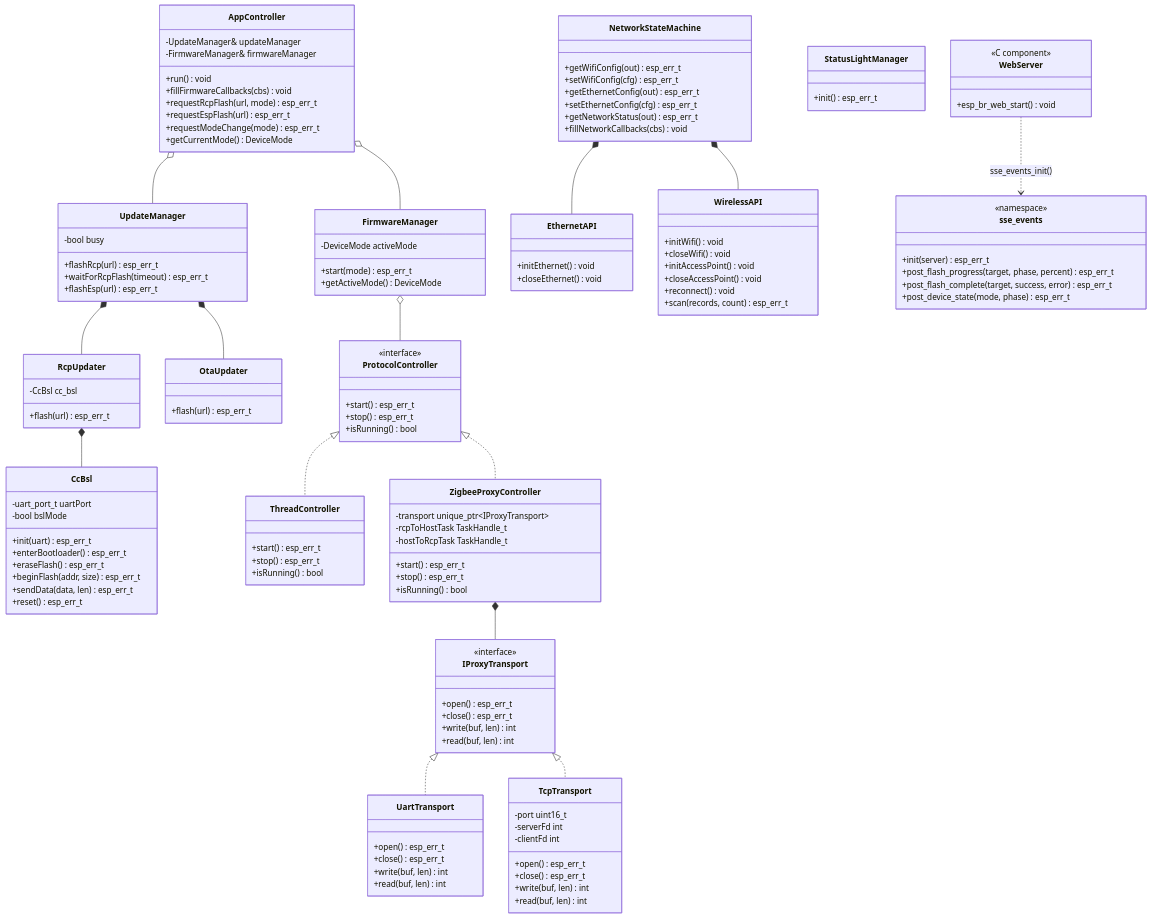
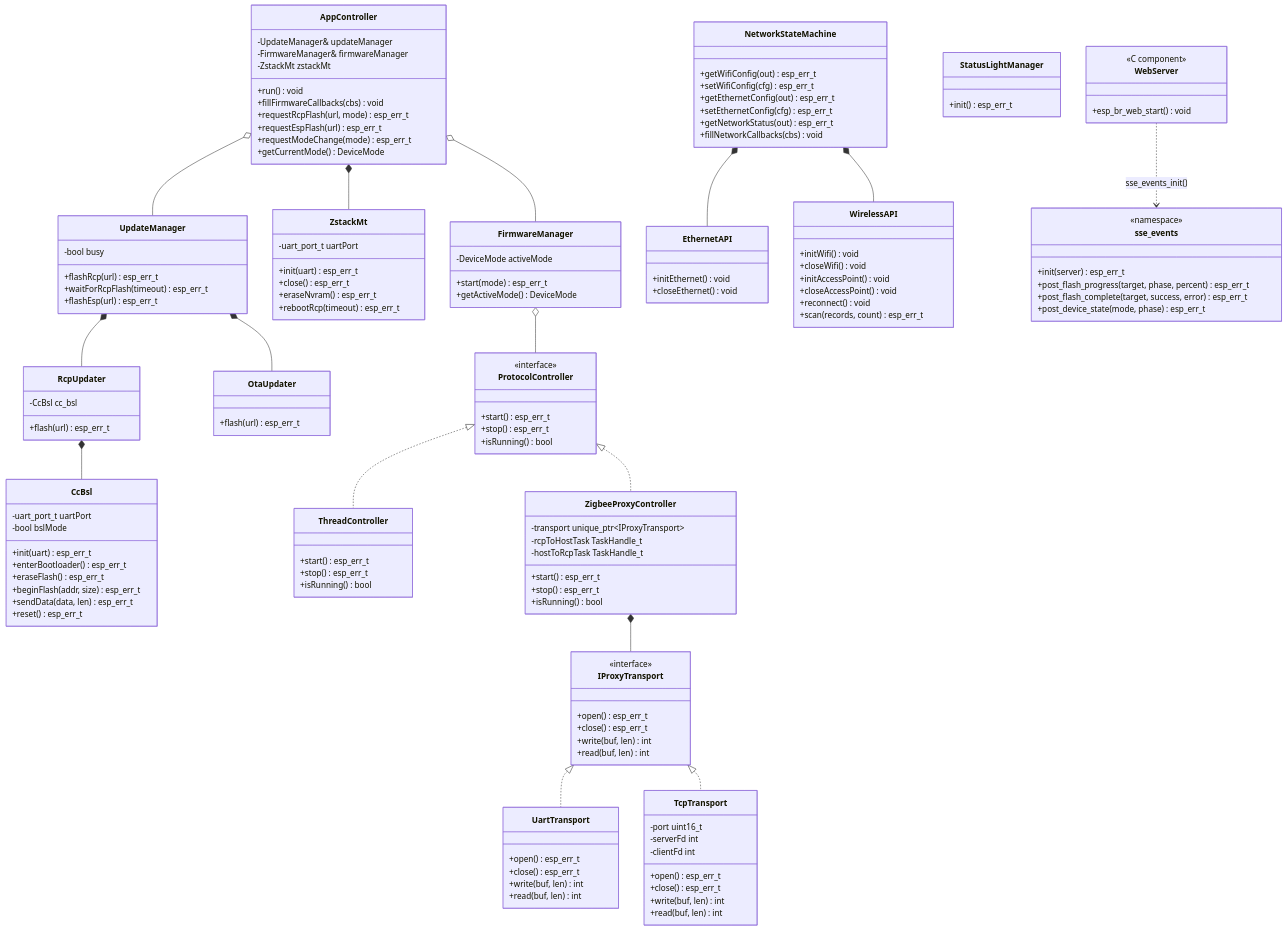
Before and after one commit to codm/czc-unified: the second of 3 diagrams in README.md, drawn with Mermaid. The commit also changed other lines of this file, not shown here.

```diff
--- a/README.md
+++ b/README.md
@@ -427,6 +441,7 @@
     class AppController {
         -UpdateManager& updateManager
         -FirmwareManager& firmwareManager
+        -ZstackMt zstackMt
         +run() void
         +fillFirmwareCallbacks(cbs) void
         +requestRcpFlash(url, mode) esp_err_t
@@ -457,6 +472,13 @@
     }
     class OtaUpdater {
         +flash(url) esp_err_t
+    }
+    class ZstackMt {
+        -uart_port_t uartPort
+        +init(uart) esp_err_t
+        +close() esp_err_t
+        +eraseNvram() esp_err_t
+        +rebootRcp(timeout) esp_err_t
     }
 
     class FirmwareManager {
@@ -549,6 +571,7 @@
 
     AppController o-- UpdateManager
     AppController o-- FirmwareManager
+    AppController *-- ZstackMt
     UpdateManager *-- RcpUpdater
     UpdateManager *-- OtaUpdater
     RcpUpdater *-- CcBsl
```
